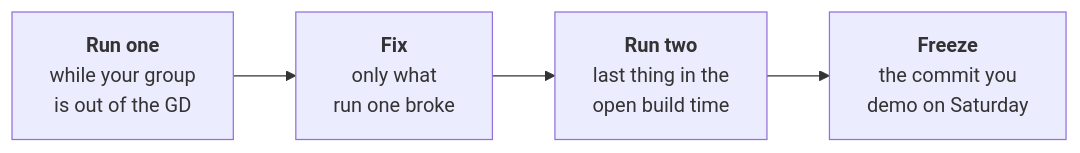
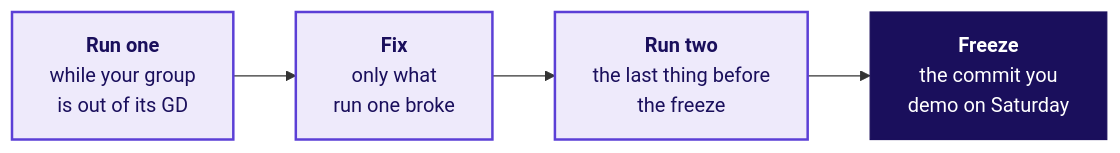
The diagram in content/W03/D5/checkpoints/C2_W03_D05_cold_demo_checklist_STUDENT.md (fde-academy-lab/c2-content-factory), drawn with Mermaid before and after one commit. The commit also changed other lines of this file and 1 other file, not shown here.

First line of the commit message:
W03 D5 cold runs: the checklist asks its questions and stands alone, and the cold-run script no longer prints a planted value as its example

````diff
--- a/content/W03/D5/checkpoints/C2_W03_D05_cold_demo_checklist_STUDENT.md
+++ b/content/W03/D5/checkpoints/C2_W03_D05_cold_demo_checklist_STUDENT.md
@@ -20,6 +58,10 @@
 ```mermaid
 flowchart LR
-    A["<b>Run one</b><br/>while your group<br/>is out of the GD"] --> B["<b>Fix</b><br/>only what<br/>run one broke"]
-    B --> C["<b>Run two</b><br/>last thing in the<br/>open build time"]
+    A["<b>Run one</b><br/>while your group<br/>is out of its GD"] --> B["<b>Fix</b><br/>only what<br/>run one broke"]
+    B --> C["<b>Run two</b><br/>the last thing before<br/>the freeze"]
     C --> D["<b>Freeze</b><br/>the commit you<br/>demo on Saturday"]
+    classDef known fill:#EEEAFB,stroke:#5B3FD6,color:#1A0F5C,stroke-width:2px
+    classDef dark fill:#1A0F5C,stroke:#1A0F5C,color:#FFFFFF
+    class A,B,C known
+    class D dark
 ```
````
